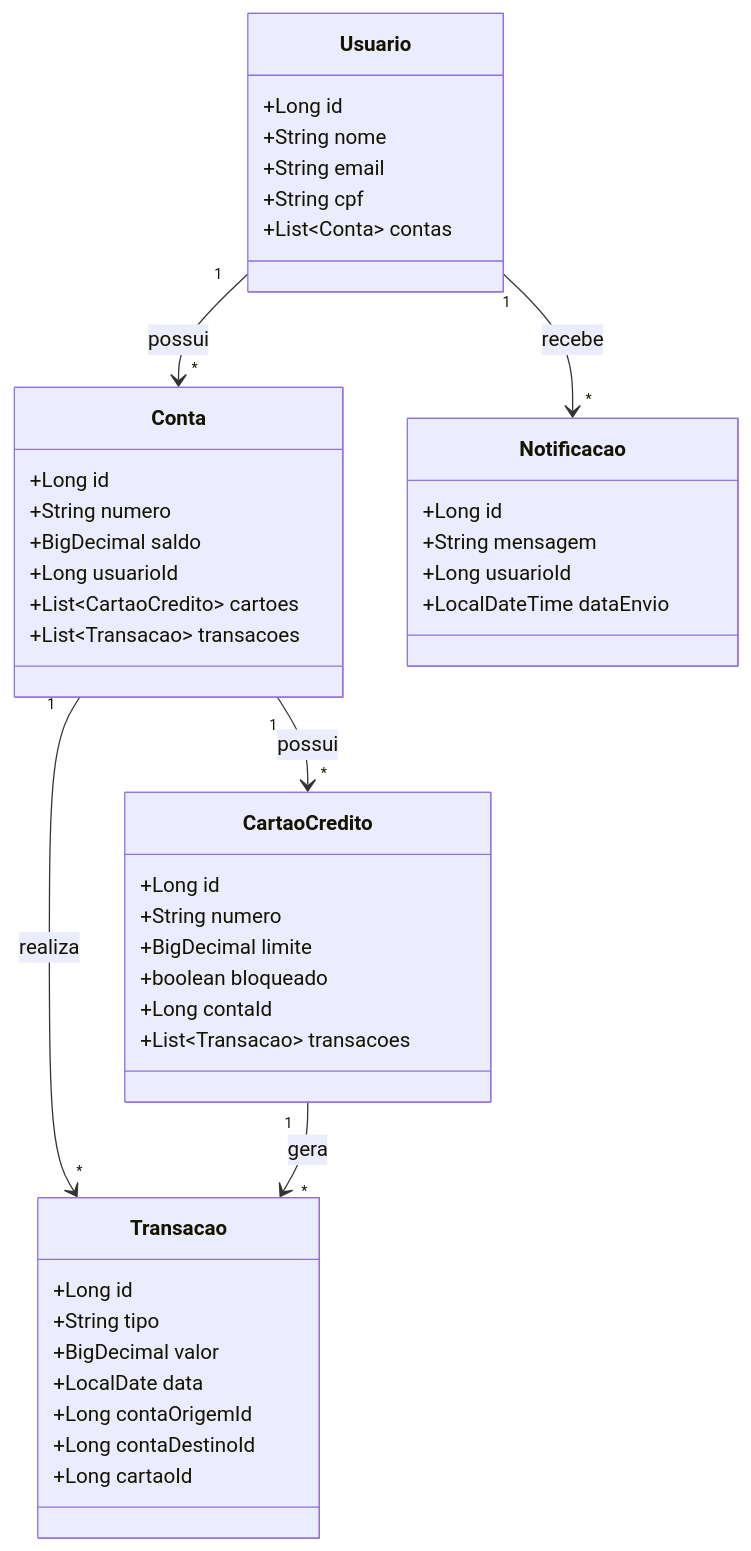
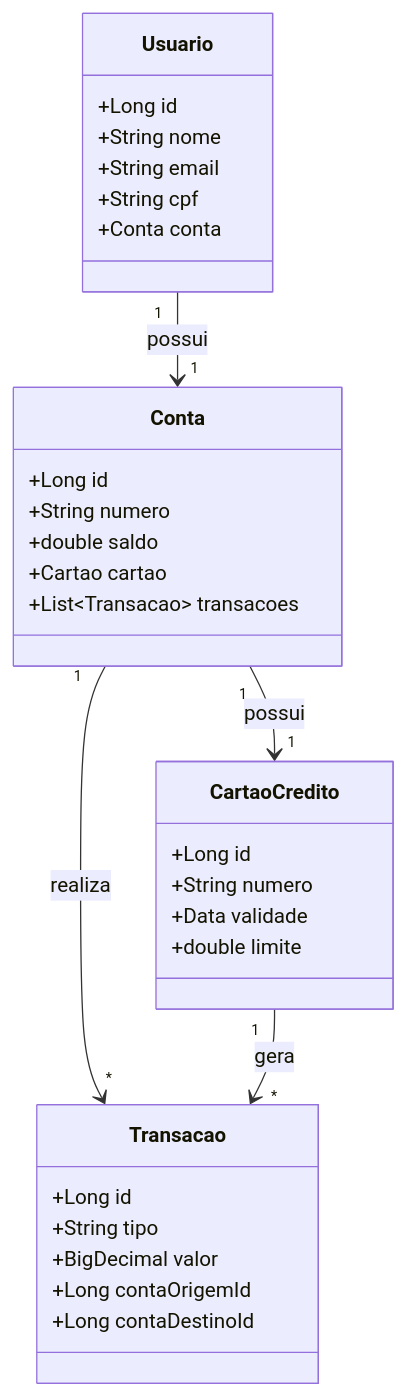
One commit to JoseRafael95/BootcampDio-Bradesco-Desafio-SistemaBancario changed the diagram in README.md. Above: the diagram before and after it, drawn with Mermaid. The commit also changed other lines of this file, not shown here.

````diff
--- a/README.md
+++ b/README.md
@@ -1,53 +42,45 @@
 ```mermaid
 classDiagram
 
 class Usuario {
   +Long id
   +String nome
   +String email
   +String cpf
-  +List~Conta~ contas
+  +Conta conta
 }
 
 class Conta {
   +Long id
   +String numero
-  +BigDecimal saldo
-  +Long usuarioId
-  +List~CartaoCredito~ cartoes
+  +double saldo
+  +Cartao cartao
   +List~Transacao~ transacoes
 }
 
 class CartaoCredito {
   +Long id
   +String numero
-  +BigDecimal limite
-  +boolean bloqueado
-  +Long contaId
-  +List~Transacao~ transacoes
+  +Data validade
+  +double limite
+
 }
 
 class Transacao {
   +Long id
   +String tipo
   +BigDecimal valor
-  +LocalDate data
   +Long contaOrigemId
   +Long contaDestinoId
-  +Long cartaoId
+
 }
 
-class Notificacao {
-  +Long id
-  +String mensagem
-  +Long usuarioId
-  +LocalDateTime dataEnvio
-}
 
-Usuario "1" --> "*" Conta : possui
-Conta "1" --> "*" CartaoCredito : possui
+
+Usuario "1" --> "1" Conta : possui
+Conta "1" --> "1" CartaoCredito : possui
 Conta "1" --> "*" Transacao : realiza
 CartaoCredito "1" --> "*" Transacao : gera
-Usuario "1" --> "*" Notificacao : recebe
+
 
 ```
````
